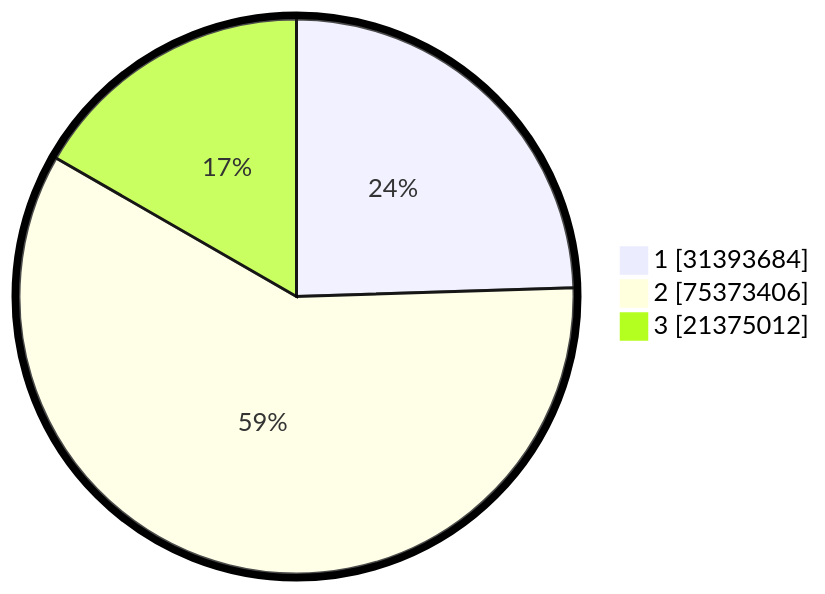
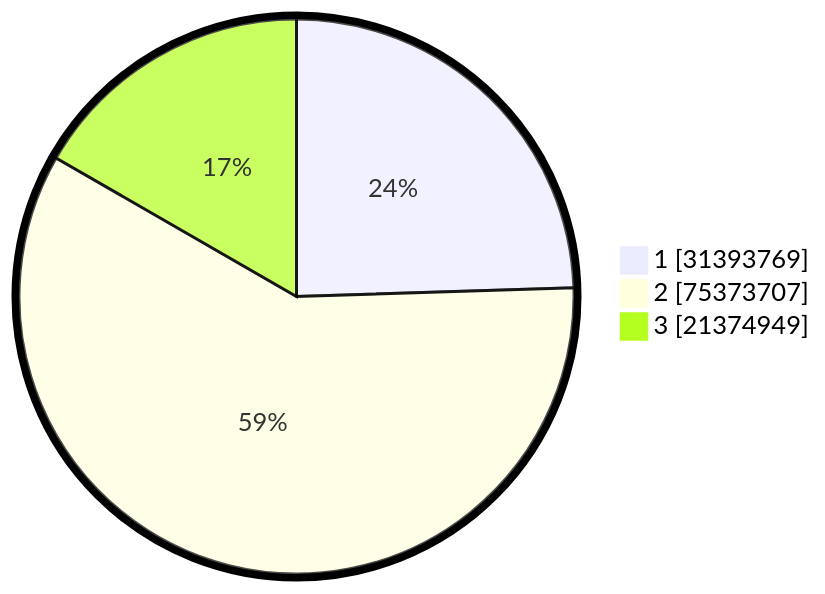
One commit to gigit-pemilu/pemilu-2024 changed the second of 2 diagrams in pilpres/hitung-suara/README.md. Above: the diagram before and after it, drawn with Mermaid. The commit also changed other lines of this file and 7 other files, not shown here.

````diff
--- a/pilpres/hitung-suara/README.md
+++ b/pilpres/hitung-suara/README.md
@@ -93,7 +93,7 @@
 ```mermaid
 %%{init: {"pie": {"textPosition": 0.5}, "themeVariables": {"pieOuterStrokeWidth": "5px"}} }%%
 pie showData
-    "1" : 31393684
-    "2" : 75373406
-    "3" : 21375012
+    "1" : 31393769
+    "2" : 75373707
+    "3" : 21374949
 ```
````
